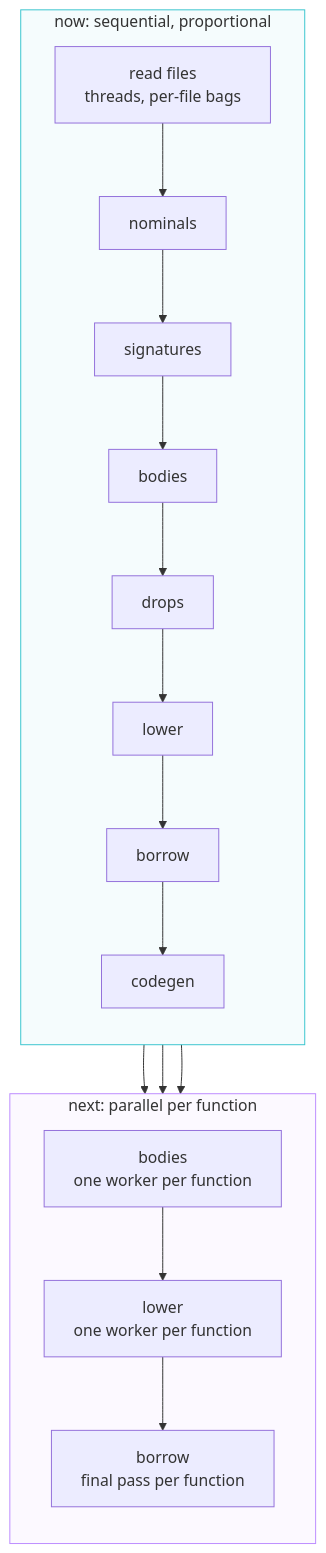
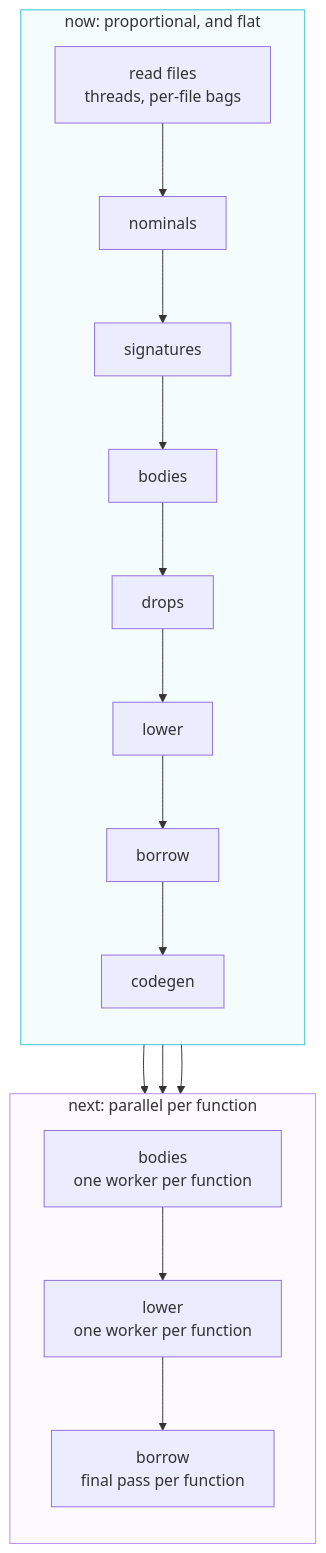
The diagram in docs/adr/0046-the-frontend-cost-is-per-function.md (alcy-project/alcy), drawn with Mermaid before and after one commit. The commit also changed other lines of this file, not shown here.

````diff
--- a/docs/adr/0046-the-frontend-cost-is-per-function.md
+++ b/docs/adr/0046-the-frontend-cost-is-per-function.md
@@ -59,26 +77,26 @@
 ```mermaid
 flowchart TB
-  subgraph NOW["now: sequential, proportional"]
+  subgraph NOW["now: proportional, and flat"]
     direction TB
     R["read files<br/>threads, per-file bags"] --> N["nominals"]
     N --> S["signatures"]
     S --> B["bodies"]
     B --> D["drops"]
     D --> L["lower"]
     L --> W["borrow"]
     W --> G["codegen"]
   end
 
   subgraph NEXT["next: parallel per function"]
     direction TB
     B2["bodies<br/>one worker per function"] --> L2["lower<br/>one worker per function"]
     L2 --> W2["borrow<br/>final pass per function"]
   end
 
   B --> B2
   L --> L2
   W --> W2
 
   style NOW fill:#39c5cf0d,stroke:#39c5cf
   style NEXT fill:#bc8cff0d,stroke:#bc8cff
 ```
````
